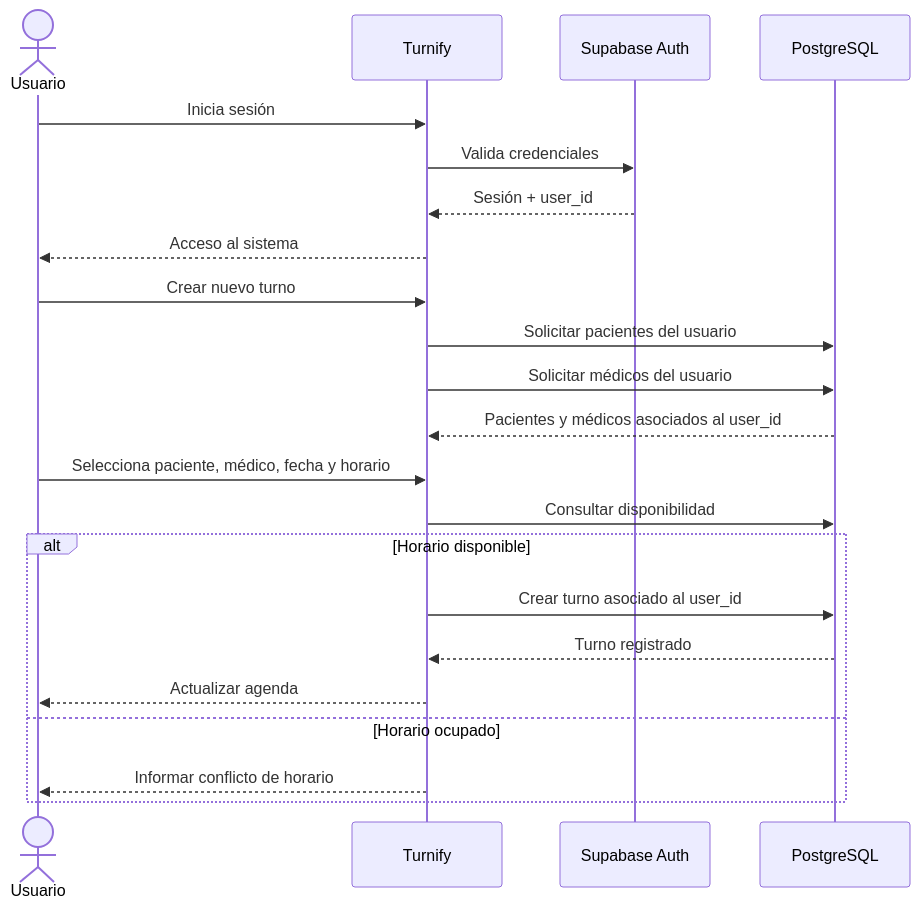
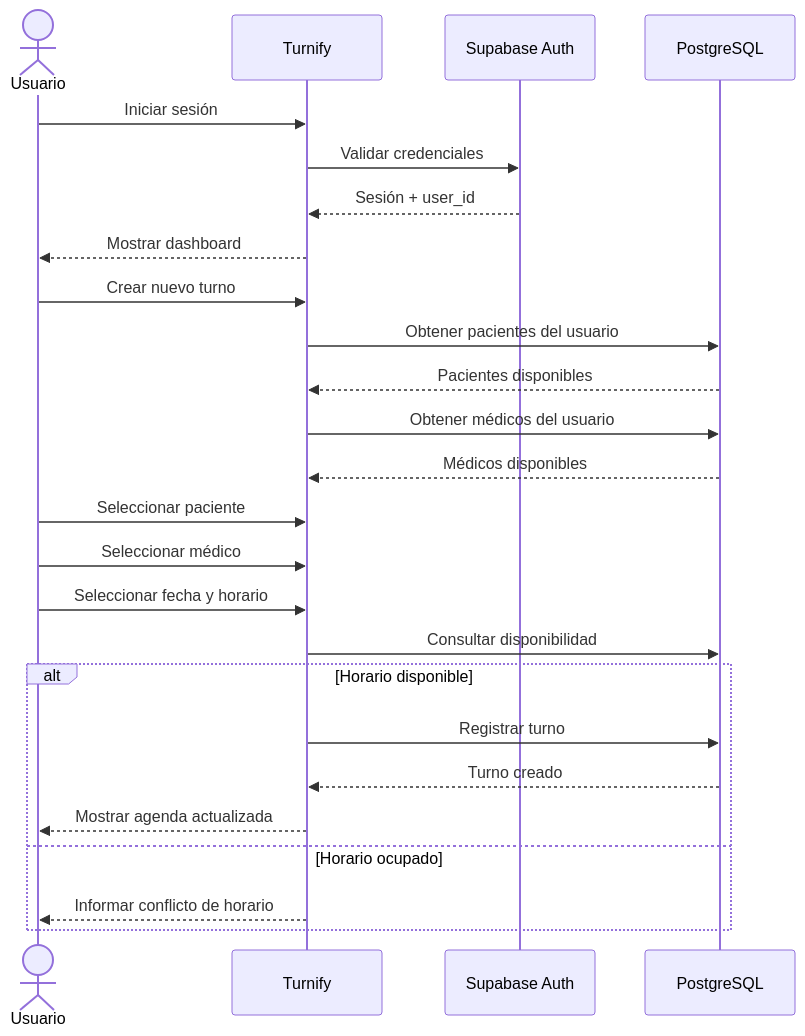
Before and after one commit to RocioAranibar/turnify: the first of 3 diagrams in README.md, drawn with Mermaid. The commit also changed other lines of this file, not shown here.

````diff
--- a/README.md
+++ b/README.md
@@ -74,30 +92,35 @@
 ```mermaid
 sequenceDiagram
+
     actor U as Usuario
     participant T as Turnify
-    participant AUTH as Supabase Auth
+    participant A as Supabase Auth
     participant DB as PostgreSQL
 
-    U->>T: Inicia sesión
-    T->>AUTH: Valida credenciales
-    AUTH-->>T: Sesión + user_id
-    T-->>U: Acceso al sistema
+    U->>T: Iniciar sesión
+    T->>A: Validar credenciales
+    A-->>T: Sesión + user_id
+    T-->>U: Mostrar dashboard
 
     U->>T: Crear nuevo turno
 
-    T->>DB: Solicitar pacientes del usuario
-    T->>DB: Solicitar médicos del usuario
-    DB-->>T: Pacientes y médicos asociados al user_id
+    T->>DB: Obtener pacientes del usuario
+    DB-->>T: Pacientes disponibles
 
-    U->>T: Selecciona paciente, médico, fecha y horario
+    T->>DB: Obtener médicos del usuario
+    DB-->>T: Médicos disponibles
+
+    U->>T: Seleccionar paciente
+    U->>T: Seleccionar médico
+    U->>T: Seleccionar fecha y horario
 
     T->>DB: Consultar disponibilidad
 
     alt Horario disponible
-        T->>DB: Crear turno asociado al user_id
-        DB-->>T: Turno registrado
-        T-->>U: Actualizar agenda
+        T->>DB: Registrar turno
+        DB-->>T: Turno creado
+        T-->>U: Mostrar agenda actualizada
     else Horario ocupado
         T-->>U: Informar conflicto de horario
     end
 ```
````
